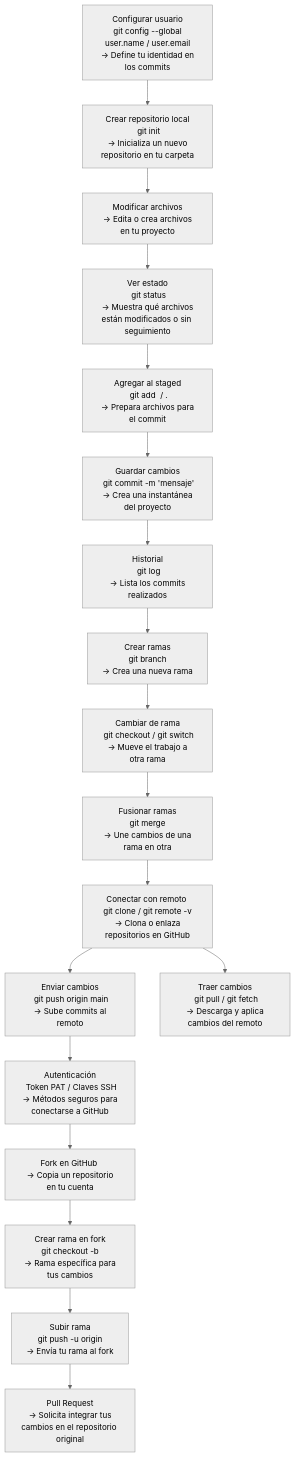
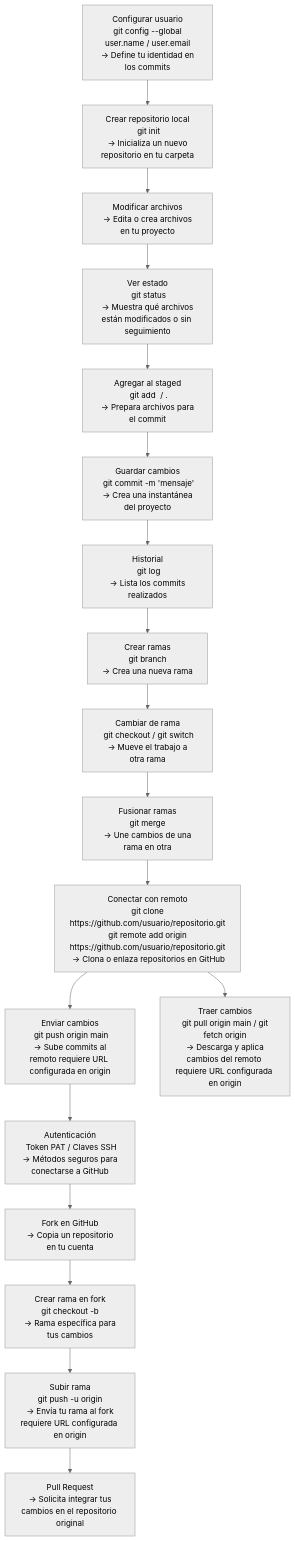
The second of 2 diagrams in UD02/readme.md (Maria-land919/probas), drawn with Mermaid (neutral theme) before and after one commit.

Commit message:
comit 10

````diff
--- a/UD02/readme.md
+++ b/UD02/readme.md
@@ -57,20 +57,21 @@
 ```mermaid
-  flowchart TD
+ flowchart TD
     A[Configurar usuario<br> git config --global user.name / user.email<br> → Define tu identidad en los commits] --> B[Crear repositorio local<br> git init<br> → Inicializa un nuevo repositorio en tu carpeta]
     B --> C[Modificar archivos<br> → Edita o crea archivos en tu proyecto]
     C --> D[Ver estado<br> git status<br> → Muestra qué archivos están modificados o sin seguimiento]
     D --> E[Agregar al staged<br> git add <archivo> / .<br> → Prepara archivos para el commit]
     E --> F[Guardar cambios<br> git commit -m 'mensaje'<br> → Crea una instantánea del proyecto]
     F --> G[Historial<br> git log<br> → Lista los commits realizados]
     G --> H[Crear ramas<br> git branch <nombre><br> → Crea una nueva rama]
     H --> I[Cambiar de rama<br> git checkout / git switch<br> → Mueve el trabajo a otra rama]
     I --> J[Fusionar ramas<br> git merge <rama><br> → Une cambios de una rama en otra]
-    J --> K[Conectar con remoto <br> git clone / git remote -v <br> → Clona o enlaza repositorios en GitHub]
-    K --> L[Enviar cambios<br> git push origin main<br> → Sube commits al remoto]
-    K --> M[Traer cambios<br> git pull / git fetch<br> → Descarga y aplica cambios del remoto]
+    J --> K[Conectar con remoto<br> git clone https://github.com/usuario/repositorio.git<br> git remote add origin https://github.com/usuario/repositorio.git<br> → Clona o enlaza repositorios en GitHub]
+    K --> L[Enviar cambios<br> git push origin main<br> → Sube commits al remoto requiere URL configurada en origin]
+    K --> M[Traer cambios<br> git pull origin main / git fetch origin<br> → Descarga y aplica cambios del remoto requiere URL configurada en origin]
     L --> N[Autenticación<br> Token PAT / Claves SSH<br> → Métodos seguros para conectarse a GitHub]
-    N --> O[Fork en GitHub <br> → Copia un repositorio en tu cuenta]
+    N --> O[Fork en GitHub<br> → Copia un repositorio en tu cuenta]
     O --> P[Crear rama en fork<br> git checkout -b <rama><br> → Rama específica para tus cambios]
-    P --> Q[Subir rama <br> git push -u origin <rama> <br> → Envía tu rama al fork]
+    P --> Q[Subir rama<br> git push -u origin <rama><br> → Envía tu rama al fork requiere URL configurada en origin]
     Q --> R[Pull Request<br> → Solicita integrar tus cambios en el repositorio original]
+
 ```
````
